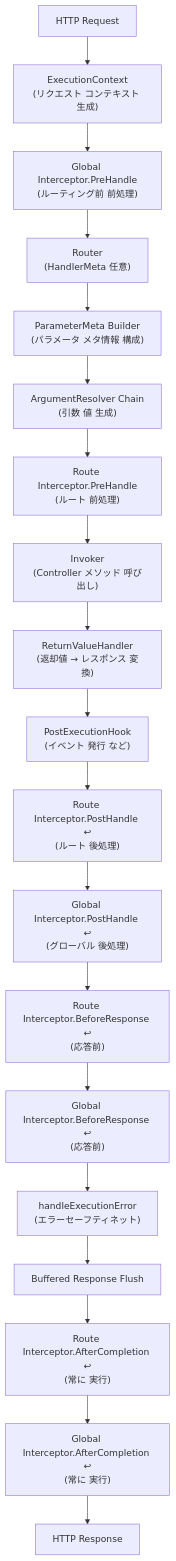
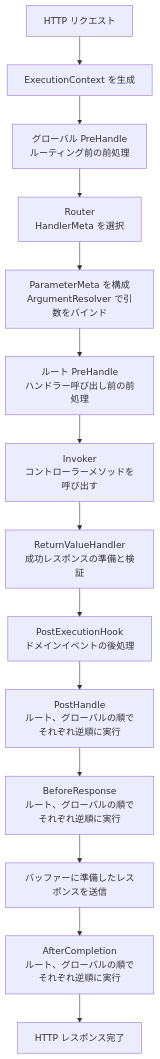
Before and after one commit to NARUBROWN/spine-site: the diagram in docs/ja/learn/core-concepts/pipeline.md, drawn with Mermaid. The commit also changed other lines of this file and 158 other files, not shown here.

````diff
--- a/docs/ja/learn/core-concepts/pipeline.md
+++ b/docs/ja/learn/core-concepts/pipeline.md
@@ -15,42 +13,31 @@
 ```mermaid
 graph TD
-    Request["HTTP Request"]
-    
-    ExecutionContext["ExecutionContext<br>(リクエスト コンテキスト 生成)"]
-    GlobalPre["Global Interceptor.PreHandle<br>(ルーティング前 前処理)"]
-    Router["Router<br>(HandlerMeta 任意)"]
-    ParamMeta["ParameterMeta Builder<br>(パラメータ メタ情報 構成)"]
-    ArgResolver["ArgumentResolver Chain<br>(引数 値 生成)"]
-    RoutePre["Route Interceptor.PreHandle<br>(ルート 前処理)"]
-    Invoker["Invoker<br>(Controller メソッド 呼び出し)"]
-    ReturnHandler["ReturnValueHandler<br>(返却値 → レスポンス 変換)"]
-    PostHook["PostExecutionHook<br>(イベント 発行 など)"]
-    RoutePost["Route Interceptor.PostHandle ↩<br>(ルート 後処理)"]
-    GlobalPost["Global Interceptor.PostHandle ↩<br>(グローバル 後処理)"]
-    RouteBefore["Route Interceptor.BeforeResponse ↩<br>(応答前)"]
-    GlobalBefore["Global Interceptor.BeforeResponse ↩<br>(応答前)"]
-    Flush["Buffered Response Flush"]
-    RouteAfter["Route Interceptor.AfterCompletion ↩<br>(常に 実行)"]
-    GlobalAfter["Global Interceptor.AfterCompletion ↩<br>(常に 実行)"]
-    ErrorHandler["handleExecutionError<br>(エラーセーフティネット)"]
-    Response["HTTP Response"]
+    Request["HTTP リクエスト"]
+    Context["ExecutionContext を生成"]
+    GlobalPre["グローバル PreHandle<br>ルーティング前の前処理"]
+    Router["Router<br>HandlerMeta を選択"]
+    Binding["ParameterMeta を構成<br>ArgumentResolver で引数をバインド"]
+    RoutePre["ルート PreHandle<br>ハンドラー呼び出し前の前処理"]
+    Handler["Invoker<br>コントローラーメソッドを呼び出す"]
+    Return["ReturnValueHandler<br>成功レスポンスの準備と検証"]
+    Hook["PostExecutionHook<br>ドメインイベントの後処理"]
+    Post["PostHandle<br>ルート、グローバルの順でそれぞれ逆順に実行"]
+    Before["BeforeResponse<br>ルート、グローバルの順でそれぞれ逆順に実行"]
+    Flush["バッファーに準備したレスポンスを送信"]
+    After["AfterCompletion<br>ルート、グローバルの順でそれぞれ逆順に実行"]
+    Response["HTTP レスポンス完了"]
 
-    Request --> ExecutionContext
-    ExecutionContext --> GlobalPre
+    Request --> Context
+    Context --> GlobalPre
     GlobalPre --> Router
-    Router --> ParamMeta
-    ParamMeta --> ArgResolver
-    ArgResolver --> RoutePre
-    RoutePre --> Invoker
-    Invoker --> ReturnHandler
-    ReturnHandler --> PostHook
-    PostHook --> RoutePost
-    RoutePost --> GlobalPost
-    GlobalPost --> RouteBefore
-    RouteBefore --> GlobalBefore
-    GlobalBefore --> ErrorHandler
-    ErrorHandler --> Flush
-    Flush --> RouteAfter
-    RouteAfter --> GlobalAfter
-    GlobalAfter --> Response
+    Router --> Binding
+    Binding --> RoutePre
+    RoutePre --> Handler
+    Handler --> Return
+    Return --> Hook
+    Hook --> Post
+    Post --> Before
+    Before --> Flush
+    Flush --> After
+    After --> Response
 ```
````
